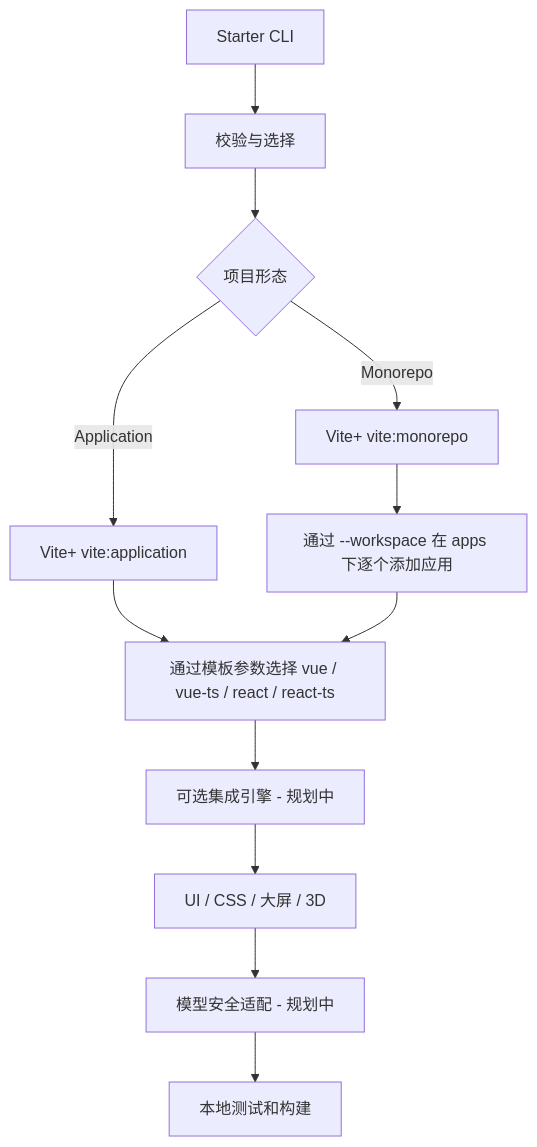
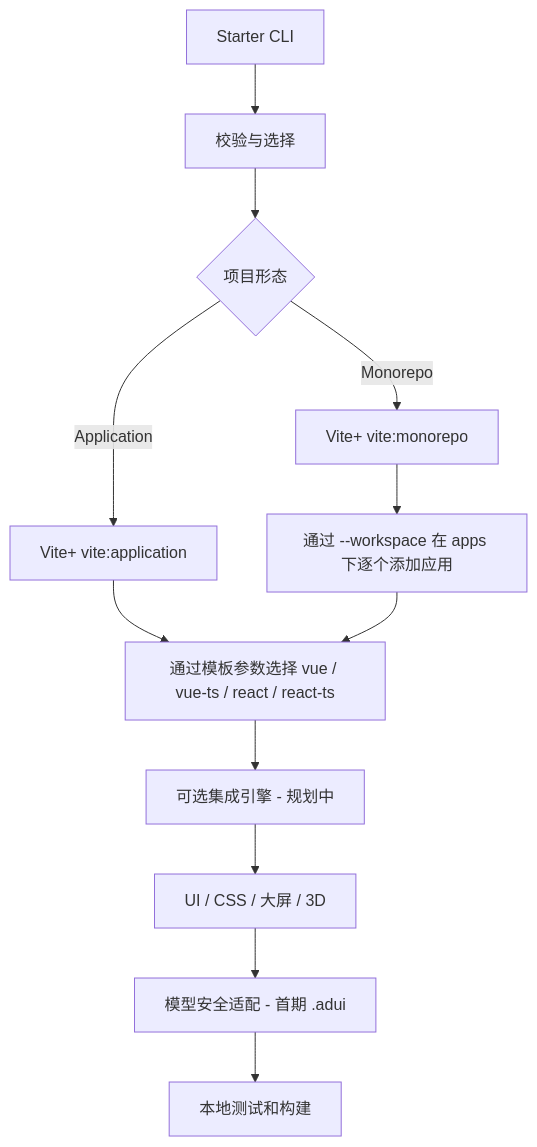
One commit to adui-dev/viteplus-starter changed the diagram in docs/ARCHITECTURE.md. Above: the diagram before and after it, drawn with Mermaid. The commit also changed other lines of this file and 22 other files, not shown here.

````diff
--- a/docs/ARCHITECTURE.md
+++ b/docs/ARCHITECTURE.md
@@ -7,14 +7,14 @@
 ```mermaid
 flowchart TD
   A[Starter CLI] --> B[校验与选择]
   B --> C{项目形态}
   C -->|Application| D[Vite+ vite:application]
   C -->|Monorepo| E[Vite+ vite:monorepo]
   D --> F[通过模板参数选择 vue / vue-ts / react / react-ts]
   E --> K[通过 --workspace 在 apps 下逐个添加应用]
   K --> F
   F --> G[可选集成引擎 - 规划中]
   G --> H[UI / CSS / 大屏 / 3D]
-  H --> I[模型安全适配 - 规划中]
+  H --> I[模型安全适配 - 首期 .adui]
   I --> J[本地测试和构建]
 ```
````
